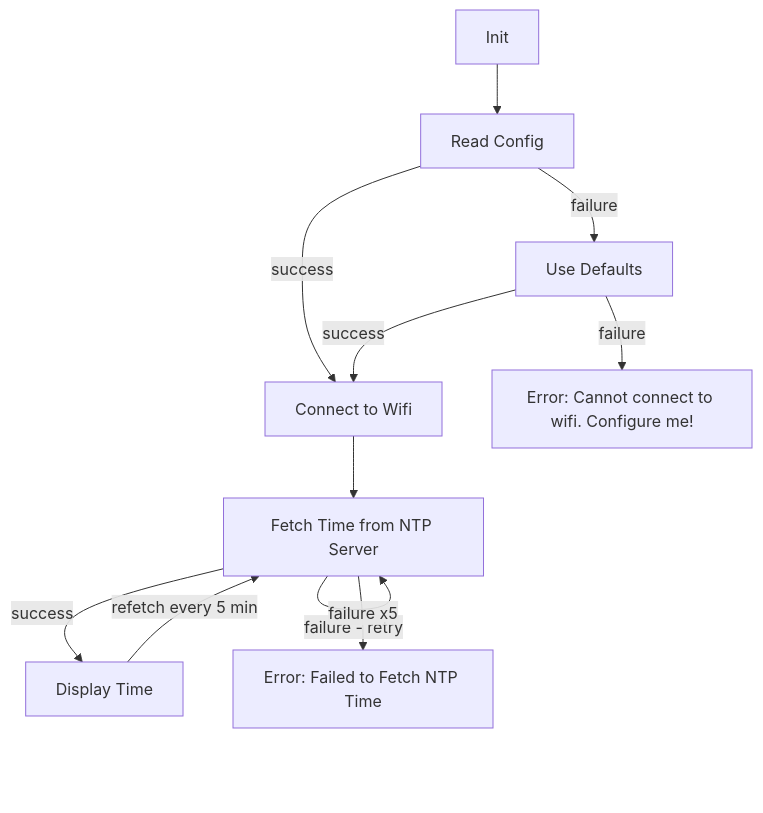
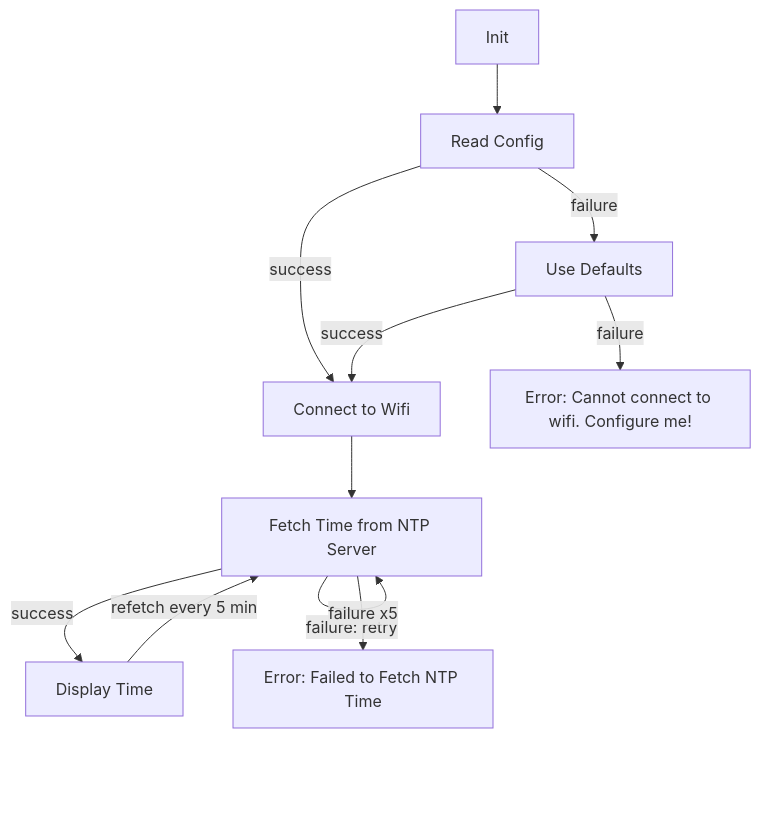
One commit to BKell-Dog/DreamTimer changed the first of 2 diagrams in DreamTimer/README.md. Above: the diagram before and after it, drawn with Mermaid. The commit also changed other lines of this file, not shown here.

````diff
--- a/DreamTimer/README.md
+++ b/DreamTimer/README.md
@@ -30,22 +30,21 @@
 ```mermaid
 graph TD
     Init --> ReadConfig
     ReadConfig -->|failure| UseDefaults
     ReadConfig -->|success| ConnectToWifi
     ConnectToWifi --> FetchNTP
     FetchNTP -->|success| DisplayTime
-    FetchNTP -->|failure - retry| FetchNTP
+    FetchNTP -->|failure: retry| FetchNTP
     FetchNTP -->|failure x5| FetchError
     UseDefaults -->|success| ConnectToWifi
     UseDefaults -->|failure| CredentialError
     DisplayTime -->|refetch every 5 min| FetchNTP
 
     ReadConfig[Read Config]
     UseDefaults[Use Defaults]
     ConnectToWifi[Connect to Wifi]
     FetchNTP[Fetch Time from NTP Server]
     DisplayTime[Display Time]
     FetchError[Error: Failed to Fetch NTP Time]
     CredentialError[Error: Cannot connect to wifi. Configure me!]
-
 ```
````
